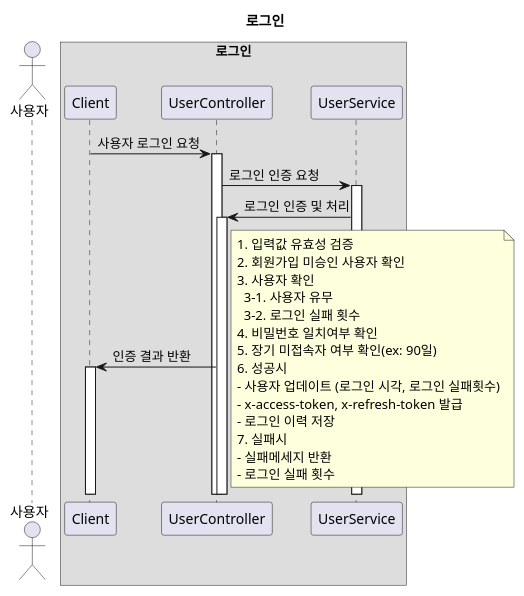
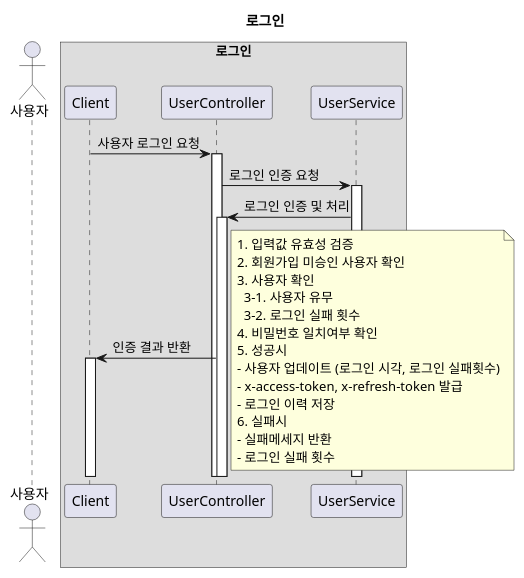
The diagram in project/portal/docs/process_diagram/login_process.puml (DataFabricTech/DataFabricVisual), drawn with PlantUML before and after one commit. The commit also changed 4 other files, not shown here.

```diff
--- a/project/portal/docs/process_diagram/login_process.puml
+++ b/project/portal/docs/process_diagram/login_process.puml
@@ -1,36 +1,35 @@
 @startuml
 
 autoactivate on
 
 title 로그인
 
 actor 사용자 as user
 
 box "로그인"
 participant Client as client
 participant UserController as userController
 participant UserService as userService
 end box
 
 client -> userController : 사용자 로그인 요청
 userController -> userService : 로그인 인증 요청
 userService -> userController : 로그인 인증 및 처리
 userController -> client : 인증 결과 반환
 note right
     1. 입력값 유효성 검증
     2. 회원가입 미승인 사용자 확인
     3. 사용자 확인
       3-1. 사용자 유무
       3-2. 로그인 실패 횟수
     4. 비밀번호 일치여부 확인
-    5. 장기 미접속자 여부 확인(ex: 90일)
-    6. 성공시
+    5. 성공시
     - 사용자 업데이트 (로그인 시각, 로그인 실패횟수)
     - x-access-token, x-refresh-token 발급
     - 로그인 이력 저장
-    7. 실패시
+    6. 실패시
     - 실패메세지 반환
     - 로그인 실패 횟수 
 end note
 
 @enduml
```
